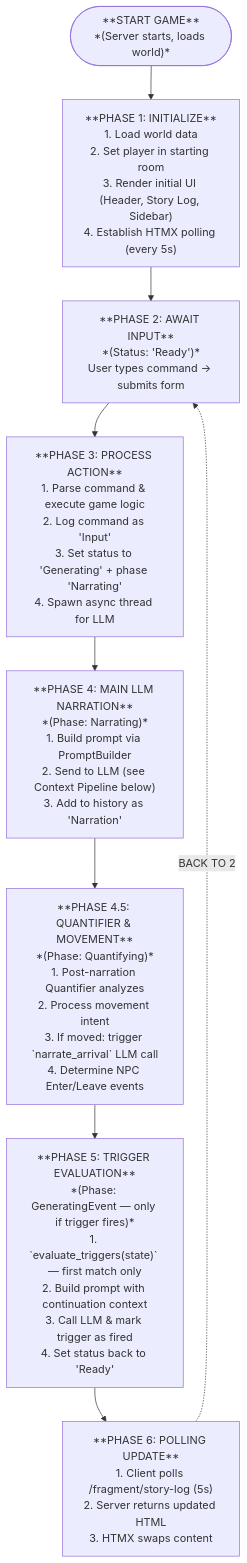
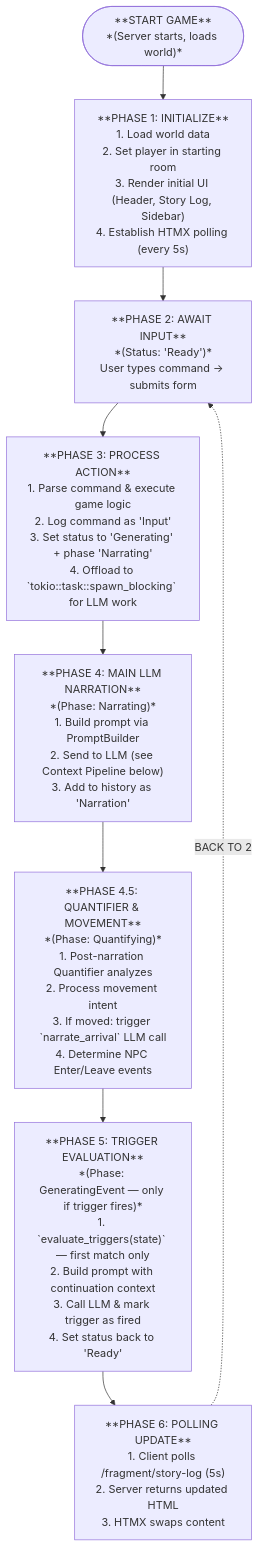
One commit to notsonormal/chronicler-engine changed the first of 2 diagrams in chronicler_engine/docs/system/game_flow.md. Above: the diagram before and after it, drawn with Mermaid. The commit also changed other lines of this file and 23 other files, not shown here.

````diff
--- a/chronicler_engine/docs/system/game_flow.md
+++ b/chronicler_engine/docs/system/game_flow.md
@@ -9,27 +9,27 @@
 ```mermaid
 flowchart TD
     Start(["**START GAME**<br>*(Server starts, loads world)*"])
     
     Phase1["**PHASE 1: INITIALIZE**<br>1. Load world data<br>2. Set player in starting room<br>3. Render initial UI (Header, Story Log, Sidebar)<br>4. Establish HTMX polling (every 5s)"]
     
     Phase2["**PHASE 2: AWAIT INPUT**<br>*(Status: 'Ready')*<br>User types command → submits form"]
     
-    Phase3["**PHASE 3: PROCESS ACTION**<br>1. Parse command & execute game logic<br>2. Log command as 'Input'<br>3. Set status to 'Generating' + phase 'Narrating'<br>4. Spawn async thread for LLM"]
+    Phase3["**PHASE 3: PROCESS ACTION**<br>1. Parse command & execute game logic<br>2. Log command as 'Input'<br>3. Set status to 'Generating' + phase 'Narrating'<br>4. Offload to `tokio::task::spawn_blocking` for LLM work"]
     
     Phase4["**PHASE 4: MAIN LLM NARRATION**<br>*(Phase: Narrating)*<br>1. Build prompt via PromptBuilder<br>2. Send to LLM (see Context Pipeline below)<br>3. Add to history as 'Narration'"]
     
     Phase45["**PHASE 4.5: QUANTIFIER & MOVEMENT**<br>*(Phase: Quantifying)*<br>1. Post-narration Quantifier analyzes<br>2. Process movement intent<br>3. If moved: trigger `narrate_arrival` LLM call<br>4. Determine NPC Enter/Leave events"]
     
     Phase5["**PHASE 5: TRIGGER EVALUATION**<br>*(Phase: GeneratingEvent — only if trigger fires)*<br>1. `evaluate_triggers(state)` — first match only<br>2. Build prompt with continuation context<br>3. Call LLM & mark trigger as fired<br>4. Set status back to 'Ready'"]
     
     Phase6["**PHASE 6: POLLING UPDATE**<br>1. Client polls /fragment/story-log (5s)<br>2. Server returns updated HTML<br>3. HTMX swaps content"]
 
     Start --> Phase1
     Phase1 --> Phase2
     Phase2 --> Phase3
     Phase3 --> Phase4
     Phase4 --> Phase45
     Phase45 --> Phase5
     Phase5 --> Phase6
     Phase6 -.->|BACK TO 2| Phase2
 ```
````
